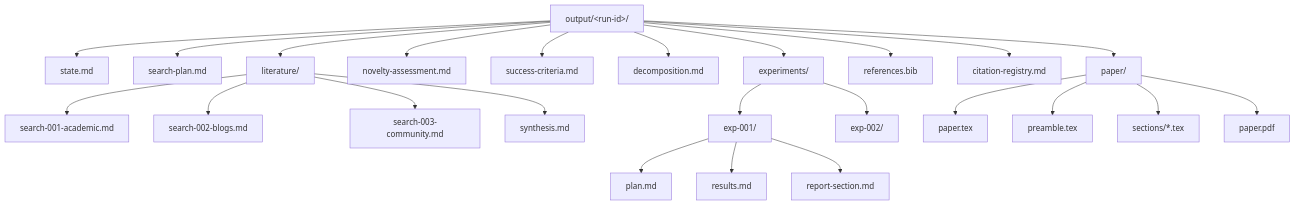
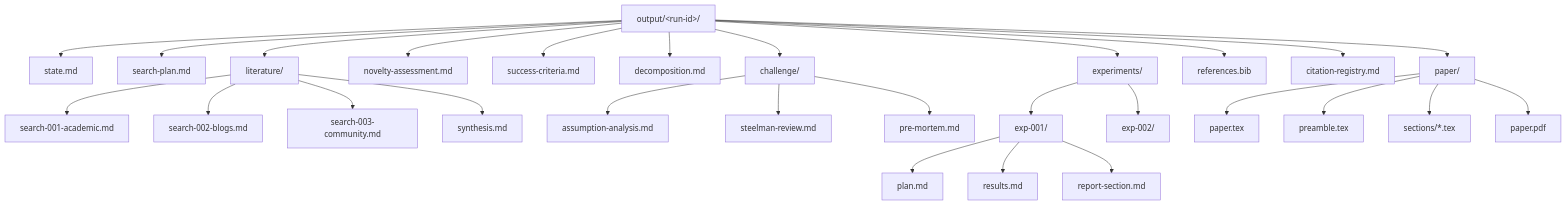
The fourth of 4 diagrams in docs/DIAGRAM.md (tbuckworth/ai-safety-researcher), drawn with Mermaid before and after one commit. The commit also changed other lines of this file and 11 other files, not shown here.

First line of the commit message:
Add Step 6: Challenge the Research Plan (assumption, steelman, pre-mortem)

````diff
--- a/docs/DIAGRAM.md
+++ b/docs/DIAGRAM.md
@@ -131,29 +149,34 @@
 ```mermaid
 flowchart TD
     OUT["output/&lt;run-id&gt;/"] --> SM["state.md"]
     OUT --> SP["search-plan.md"]
     OUT --> LIT["literature/"]
     OUT --> NOV["novelty-assessment.md"]
     OUT --> SC["success-criteria.md"]
     OUT --> DEC["decomposition.md"]
+    OUT --> CHL["challenge/"]
     OUT --> EXP["experiments/"]
     OUT --> REF["references.bib"]
     OUT --> CIT["citation-registry.md"]
     OUT --> PAP["paper/"]
 
     LIT --> L1["search-001-academic.md"]
     LIT --> L2["search-002-blogs.md"]
     LIT --> L3["search-003-community.md"]
     LIT --> L4["synthesis.md"]
+
+    CHL --> CH1["assumption-analysis.md"]
+    CHL --> CH2["steelman-review.md"]
+    CHL --> CH3["pre-mortem.md"]
 
     EXP --> E1["exp-001/"]
     EXP --> E2["exp-002/"]
     E1 --> E1P["plan.md"]
     E1 --> E1R["results.md"]
     E1 --> E1S["report-section.md"]
 
     PAP --> PT["paper.tex"]
     PAP --> PP["preamble.tex"]
     PAP --> PS["sections/*.tex"]
     PAP --> PDF["paper.pdf"]
 ```
````
